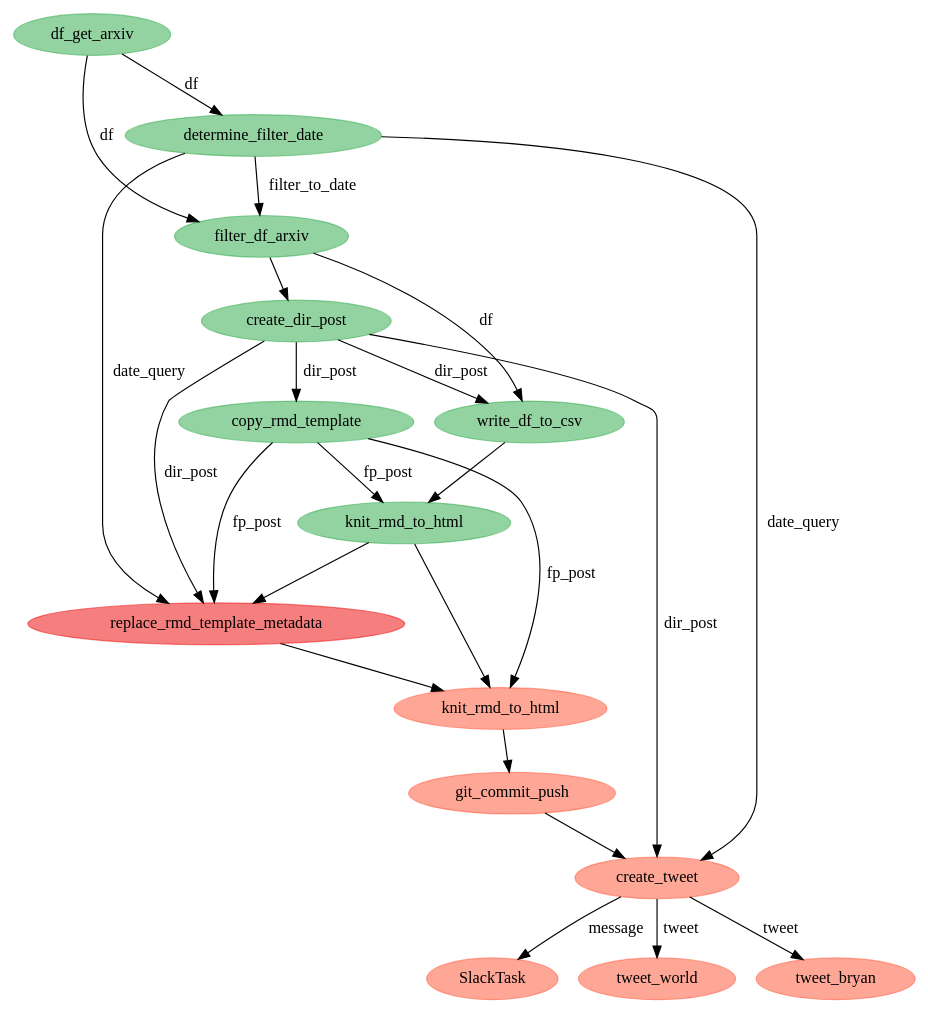
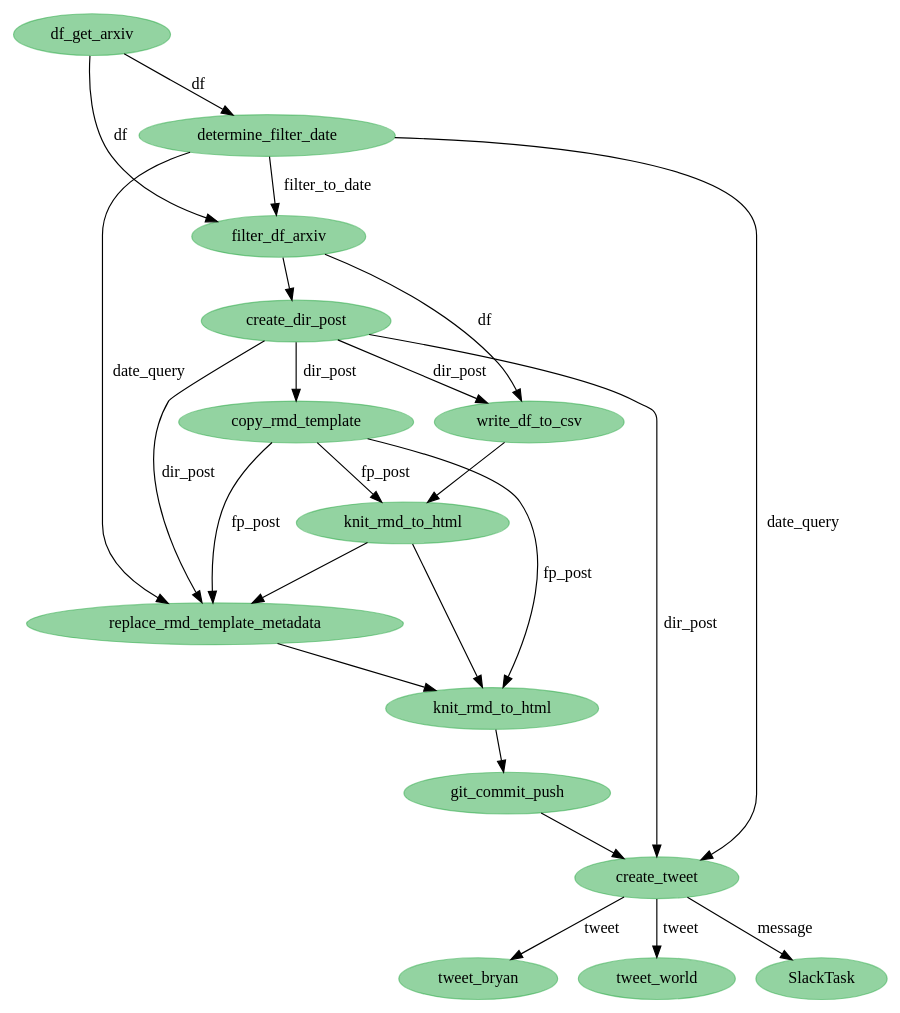
The diagram in python/state-viz.dot (bryanwhiting/ds-arxiv), drawn with Graphviz before and after one commit. The commit also changed 9 other files, not shown here.

```diff
--- a/python/state-viz.dot
+++ b/python/state-viz.dot
@@ -1,39 +1,39 @@
 digraph {
-	4612446800 [label=SlackTask color="#ff513180" colorscheme=svg shape=ellipse style=filled]
-	4612446416 [label=tweet_world color="#ff513180" colorscheme=svg shape=ellipse style=filled]
-	4612446160 [label=tweet_bryan color="#ff513180" colorscheme=svg shape=ellipse style=filled]
-	4612373840 [label=df_get_arxiv color="#28a74580" colorscheme=svg shape=ellipse style=filled]
-	4612374416 [label=create_dir_post color="#28a74580" colorscheme=svg shape=ellipse style=filled]
-	4612373584 [label=filter_df_arxiv color="#28a74580" colorscheme=svg shape=ellipse style=filled]
-	4612373392 [label=determine_filter_date color="#28a74580" colorscheme=svg shape=ellipse style=filled]
-	4612428240 [label=write_df_to_csv color="#28a74580" colorscheme=svg shape=ellipse style=filled]
-	4612429200 [label=copy_rmd_template color="#28a74580" colorscheme=svg shape=ellipse style=filled]
-	4612429456 [label=knit_rmd_to_html color="#28a74580" colorscheme=svg shape=ellipse style=filled]
-	4612430160 [label=replace_rmd_template_metadata color="#eb000080" colorscheme=svg shape=ellipse style=filled]
-	4612431376 [label=knit_rmd_to_html color="#ff513180" colorscheme=svg shape=ellipse style=filled]
-	4612444624 [label=git_commit_push color="#ff513180" colorscheme=svg shape=ellipse style=filled]
-	4612445264 [label=create_tweet color="#ff513180" colorscheme=svg shape=ellipse style=filled]
-	4612373584 -> 4612428240 [label=df]
-	4612373840 -> 4612373584 [label=df]
-	4612374416 -> 4612429200 [label=dir_post]
-	4612429200 -> 4612431376 [label=fp_post]
-	4612429200 -> 4612429456 [label=fp_post]
-	4612445264 -> 4612446160 [label=tweet]
-	4612445264 -> 4612446416 [label=tweet]
-	4612373584 -> 4612374416
-	4612428240 -> 4612429456
-	4612429456 -> 4612430160
-	4612430160 -> 4612431376
-	4612431376 -> 4612444624
-	4612373392 -> 4612373584 [label=filter_to_date]
-	4612373840 -> 4612373392 [label=df]
-	4612374416 -> 4612428240 [label=dir_post]
-	4612374416 -> 4612430160 [label=dir_post]
-	4612374416 -> 4612445264 [label=dir_post]
-	4612429200 -> 4612430160 [label=fp_post]
-	4612373392 -> 4612430160 [label=date_query]
-	4612373392 -> 4612445264 [label=date_query]
-	4612445264 -> 4612446800 [label=message]
-	4612429456 -> 4612431376
-	4612444624 -> 4612445264
+	4648629840 [label=tweet_bryan color="#28a74580" colorscheme=svg shape=ellipse style=filled]
+	4648628944 [label=create_tweet color="#28a74580" colorscheme=svg shape=ellipse style=filled]
+	4648630096 [label=tweet_world color="#28a74580" colorscheme=svg shape=ellipse style=filled]
+	4648578000 [label=df_get_arxiv color="#28a74580" colorscheme=svg shape=ellipse style=filled]
+	4648578576 [label=create_dir_post color="#28a74580" colorscheme=svg shape=ellipse style=filled]
+	4648611920 [label=write_df_to_csv color="#28a74580" colorscheme=svg shape=ellipse style=filled]
+	4648577424 [label=determine_filter_date color="#28a74580" colorscheme=svg shape=ellipse style=filled]
+	4648577744 [label=filter_df_arxiv color="#28a74580" colorscheme=svg shape=ellipse style=filled]
+	4648612880 [label=copy_rmd_template color="#28a74580" colorscheme=svg shape=ellipse style=filled]
+	4648613136 [label=knit_rmd_to_html color="#28a74580" colorscheme=svg shape=ellipse style=filled]
+	4648613840 [label=replace_rmd_template_metadata color="#28a74580" colorscheme=svg shape=ellipse style=filled]
+	4648615056 [label=knit_rmd_to_html color="#28a74580" colorscheme=svg shape=ellipse style=filled]
+	4648628304 [label=git_commit_push color="#28a74580" colorscheme=svg shape=ellipse style=filled]
+	4648630480 [label=SlackTask color="#28a74580" colorscheme=svg shape=ellipse style=filled]
+	4648628944 -> 4648630480 [label=message]
+	4648577424 -> 4648577744 [label=filter_to_date]
+	4648615056 -> 4648628304
+	4648577744 -> 4648578576
+	4648612880 -> 4648613136 [label=fp_post]
+	4648611920 -> 4648613136
+	4648577744 -> 4648611920 [label=df]
+	4648578000 -> 4648577744 [label=df]
+	4648613136 -> 4648613840
+	4648612880 -> 4648615056 [label=fp_post]
+	4648613840 -> 4648615056
+	4648578576 -> 4648613840 [label=dir_post]
+	4648578576 -> 4648628944 [label=dir_post]
+	4648578576 -> 4648611920 [label=dir_post]
+	4648628944 -> 4648629840 [label=tweet]
+	4648628944 -> 4648630096 [label=tweet]
+	4648577424 -> 4648613840 [label=date_query]
+	4648577424 -> 4648628944 [label=date_query]
+	4648613136 -> 4648615056
+	4648612880 -> 4648613840 [label=fp_post]
+	4648628304 -> 4648628944
+	4648578000 -> 4648577424 [label=df]
+	4648578576 -> 4648612880 [label=dir_post]
 }
```
